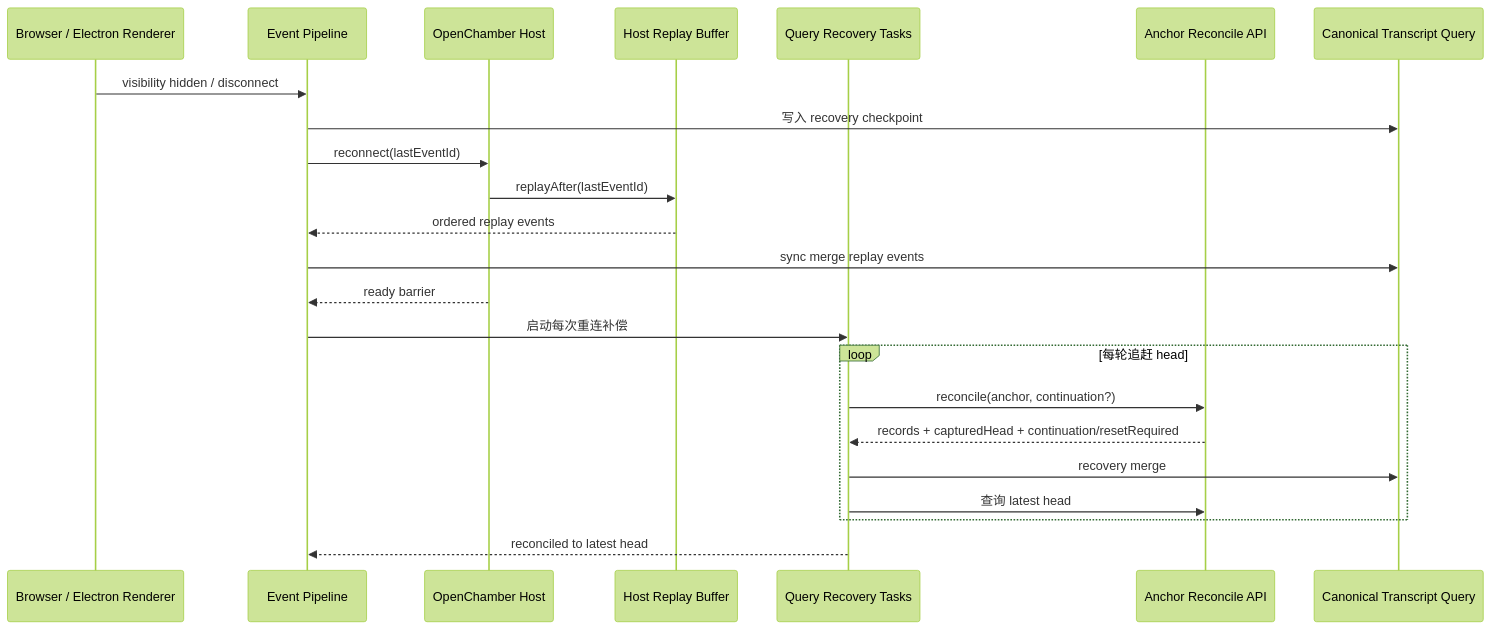
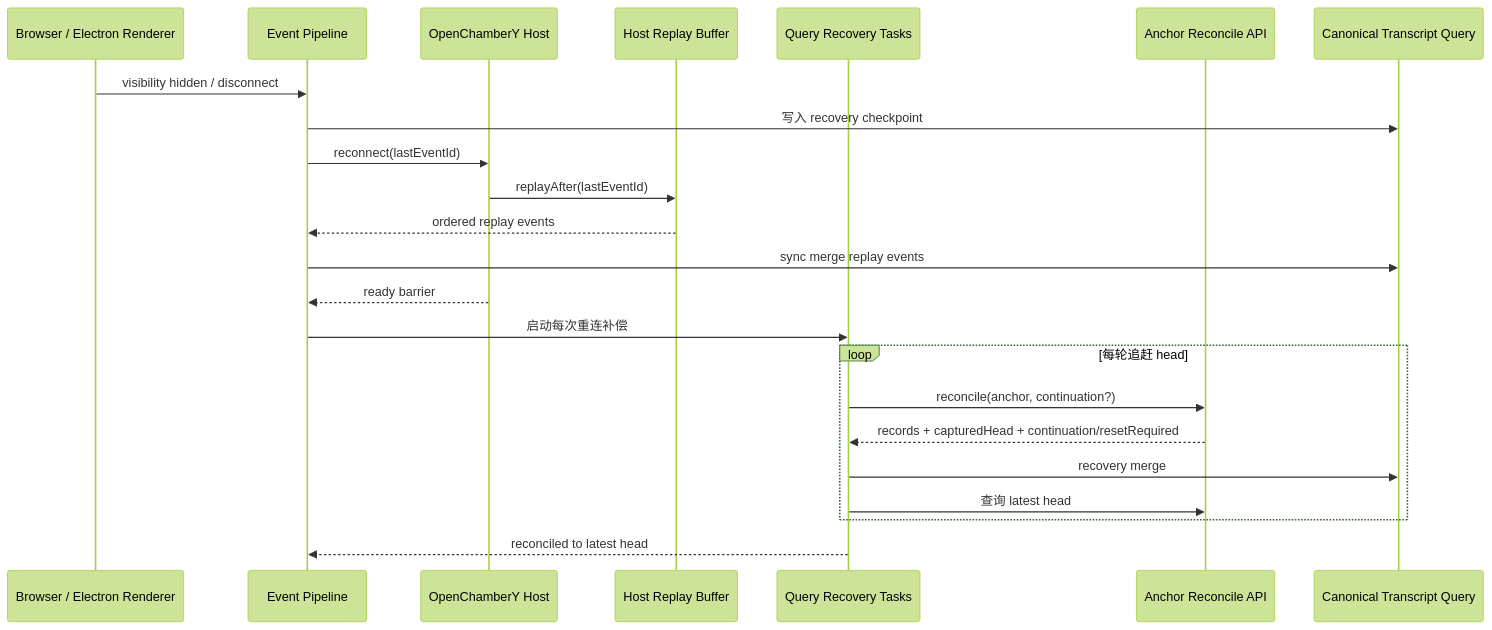
The third of 3 diagrams in docs/session-transcript-query-rearchitecture-plan.md (yee94/openchambery), drawn with Mermaid (forest theme) before and after one commit. The commit also changed other lines of this file and 84 other files, not shown here.

````diff
--- a/docs/session-transcript-query-rearchitecture-plan.md
+++ b/docs/session-transcript-query-rearchitecture-plan.md
@@ -349,28 +349,28 @@
 ```mermaid
 sequenceDiagram
     participant Browser as Browser / Electron Renderer
     participant Pipeline as Event Pipeline
-    participant Host as OpenChamber Host
+    participant Host as OpenChamberY Host
     participant Replay as Host Replay Buffer
     participant Tasks as Query Recovery Tasks
     participant API as Anchor Reconcile API
     participant Cache as Canonical Transcript Query
 
     Browser->>Pipeline: visibility hidden / disconnect
     Pipeline->>Cache: 写入 recovery checkpoint
     Pipeline->>Host: reconnect(lastEventId)
     Host->>Replay: replayAfter(lastEventId)
     Replay-->>Pipeline: ordered replay events
     Pipeline->>Cache: sync merge replay events
     Host-->>Pipeline: ready barrier
     Pipeline->>Tasks: 启动每次重连补偿
 
     loop 每轮追赶 head
         Tasks->>API: reconcile(anchor, continuation?)
         API-->>Tasks: records + capturedHead + continuation/resetRequired
         Tasks->>Cache: recovery merge
         Tasks->>API: 查询 latest head
     end
 
     Tasks-->>Pipeline: reconciled to latest head
 ```
````
